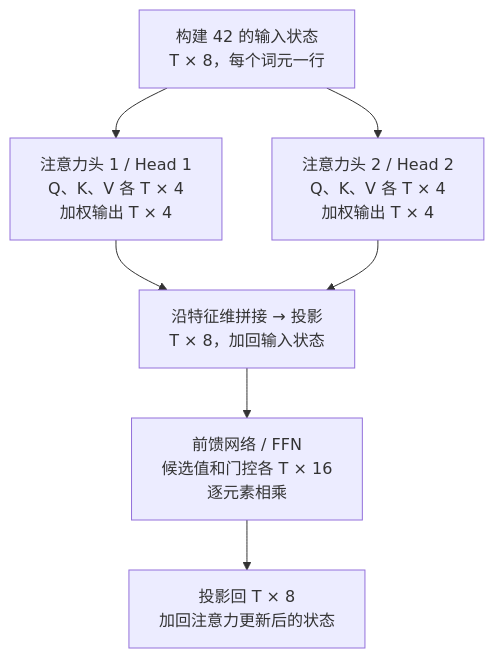
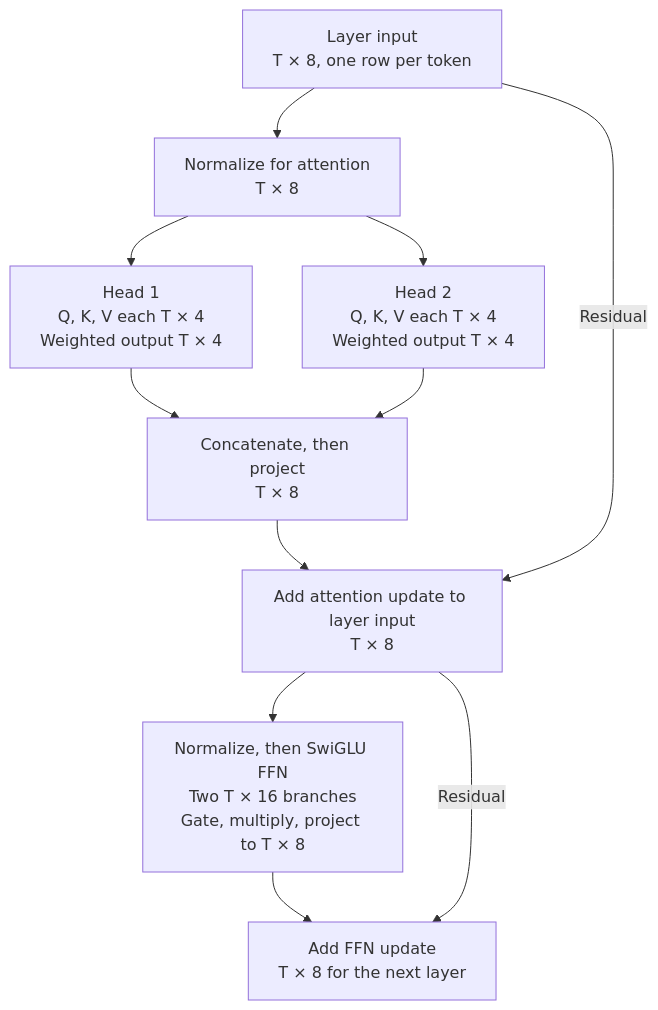
Before and after one commit to Negronii/MyNotes: the second of 7 diagrams in review/generated/ai-engineering.md, drawn with Mermaid. The commit also changed other lines of this file and 7 other files, not shown here.

```diff
--- a/review/generated/ai-engineering.md
+++ b/review/generated/ai-engineering.md
@@ -42,12 +80,17 @@
 ~~~mermaid
 flowchart TD
-    X["构建 42 的输入状态<br/>T × 8，每个词元一行"]
-    H1["注意力头 1 / Head 1<br/>Q、K、V 各 T × 4<br/>加权输出 T × 4"]
-    H2["注意力头 2 / Head 2<br/>Q、K、V 各 T × 4<br/>加权输出 T × 4"]
-    A["沿特征维拼接 → 投影<br/>T × 8，加回输入状态"]
-    F["前馈网络 / FFN<br/>候选值和门控各 T × 16<br/>逐元素相乘"]
-    Y["投影回 T × 8<br/>加回注意力更新后的状态"]
-    X --> H1 & H2
-    H1 & H2 --> A
-    A --> F --> Y
+    X["Layer input<br/>T × 8, one row per token"]
+    Norm["Normalize for attention<br/>T × 8"]
+    H1["Head 1<br/>Q, K, V each T × 4<br/>Weighted output T × 4"]
+    H2["Head 2<br/>Q, K, V each T × 4<br/>Weighted output T × 4"]
+    A["Concatenate, then project<br/>T × 8"]
+    R["Add attention update to layer input<br/>T × 8"]
+    F["Normalize, then SwiGLU FFN<br/>Two T × 16 branches<br/>Gate, multiply, project to T × 8"]
+    Y["Add FFN update<br/>T × 8 for the next layer"]
+    X --> Norm
+    Norm --> H1 & H2
+    H1 & H2 --> A --> R
+    X -->|Residual| R
+    R --> F --> Y
+    R -->|Residual| Y
 ~~~
```
